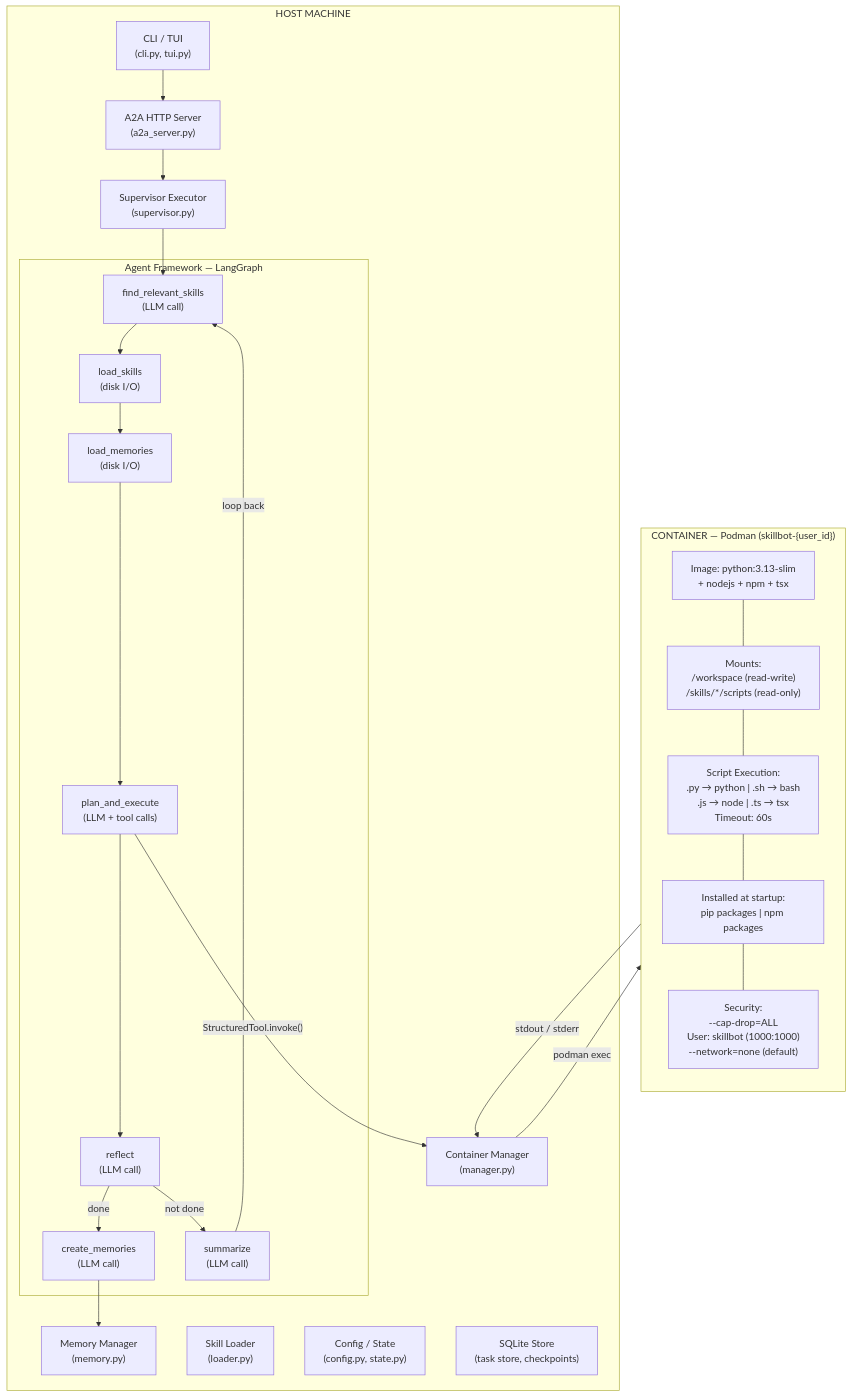
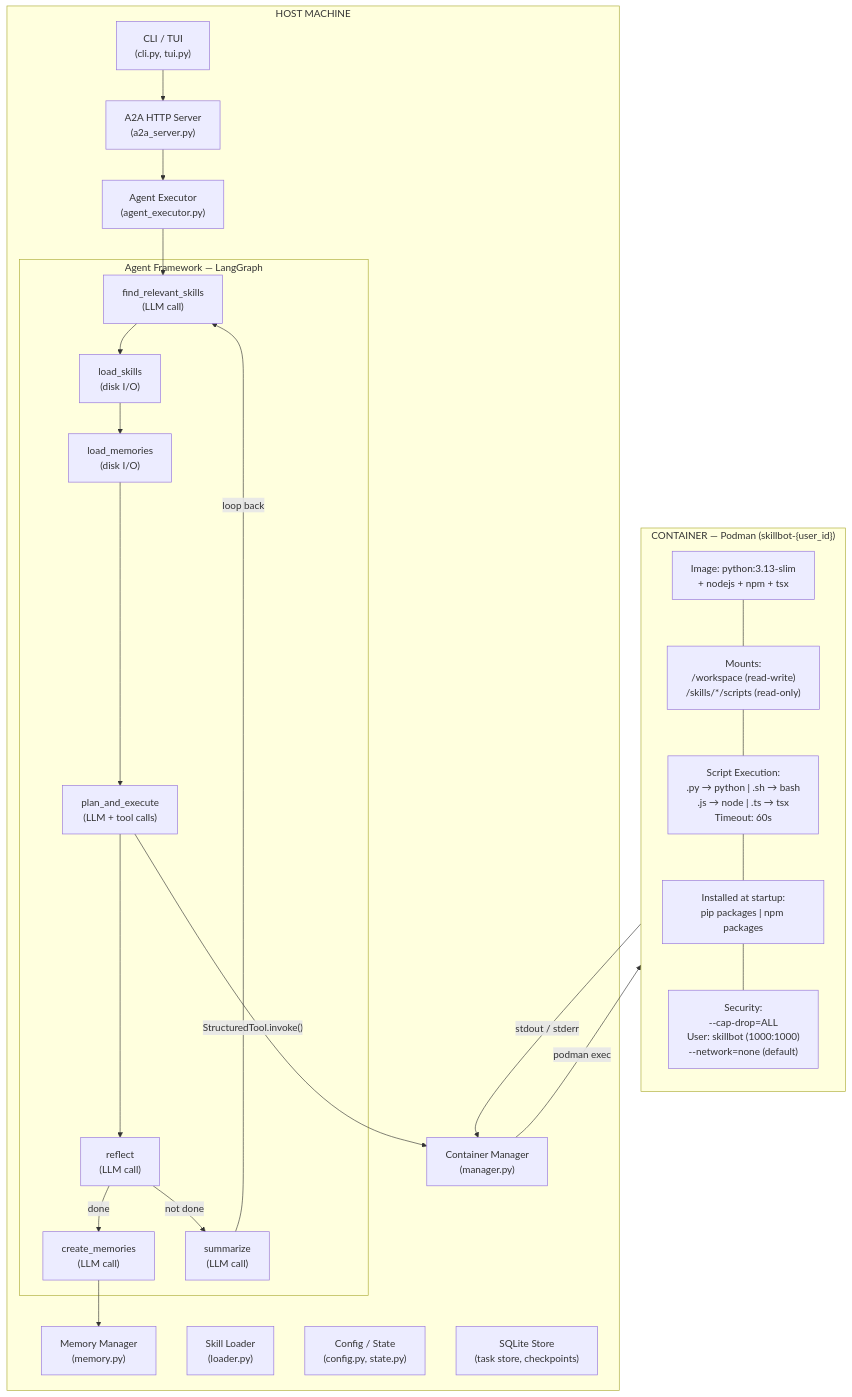
One commit to MadaraUchiha-314/skillbot changed the first of 4 diagrams in docs/architecture.md. Above: the diagram before and after it, drawn with Mermaid. The commit also changed other lines of this file and 11 other files, not shown here.

````diff
--- a/docs/architecture.md
+++ b/docs/architecture.md
@@ -5,47 +5,47 @@
 ```mermaid
 graph TD
     subgraph HOST["HOST MACHINE"]
         CLI["CLI / TUI<br/>(cli.py, tui.py)"]
         A2A["A2A HTTP Server<br/>(a2a_server.py)"]
-        SUP["Supervisor Executor<br/>(supervisor.py)"]
+        SUP["Agent Executor<br/>(agent_executor.py)"]
 
         subgraph AGENT["Agent Framework — LangGraph"]
             FRS["find_relevant_skills<br/>(LLM call)"]
             LS["load_skills<br/>(disk I/O)"]
             LM["load_memories<br/>(disk I/O)"]
             PE["plan_and_execute<br/>(LLM + tool calls)"]
             REF["reflect<br/>(LLM call)"]
             CM["create_memories<br/>(LLM call)"]
             SUM["summarize<br/>(LLM call)"]
 
             FRS --> LS --> LM --> PE --> REF
             REF -- "done" --> CM
             REF -- "not done" --> SUM
             SUM -- "loop back" --> FRS
         end
 
         MEM["Memory Manager<br/>(memory.py)"]
         CMGR["Container Manager<br/>(manager.py)"]
         SKL["Skill Loader<br/>(loader.py)"]
         CFG["Config / State<br/>(config.py, state.py)"]
         DB["SQLite Store<br/>(task store, checkpoints)"]
 
         CLI --> A2A --> SUP --> FRS
         CM --> MEM
         PE -- "StructuredTool.invoke()" --> CMGR
     end
 
     subgraph CONTAINER["CONTAINER — Podman (skillbot-{user_id})"]
         direction TB
         IMG["Image: python:3.13-slim<br/>+ nodejs + npm + tsx"]
         MOUNTS["Mounts:<br/>/workspace (read-write)<br/>/skills/*/scripts (read-only)"]
         EXEC["Script Execution:<br/>.py → python | .sh → bash<br/>.js → node | .ts → tsx<br/>Timeout: 60s"]
         DEPS["Installed at startup:<br/>pip packages | npm packages"]
         SEC["Security:<br/>--cap-drop=ALL<br/>User: skillbot (1000:1000)<br/>--network=none (default)"]
 
         IMG --- MOUNTS --- EXEC --- DEPS --- SEC
     end
 
     CMGR -- "podman exec" --> EXEC
     EXEC -- "stdout / stderr" --> CMGR
 ```
````
